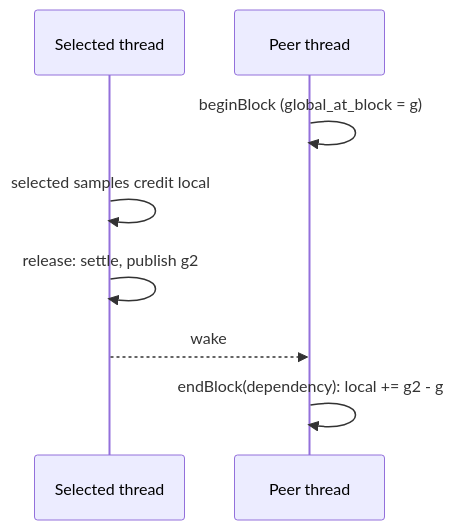
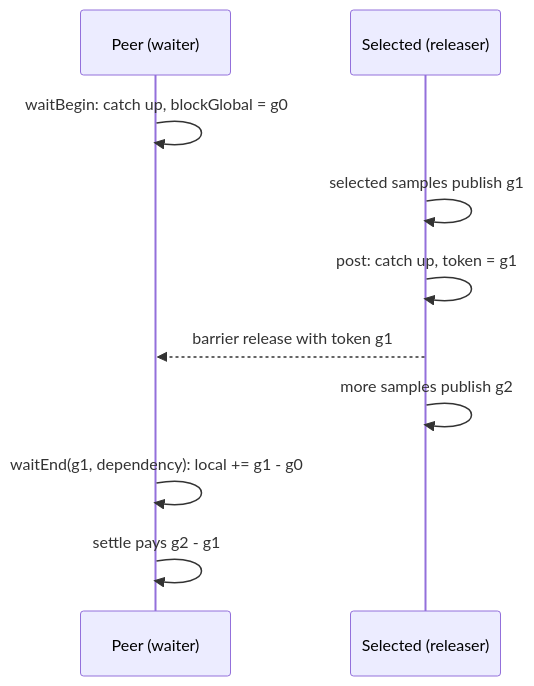
Before and after one commit to TheAngryByrd/CozNet: the diagram in lode/plans/target-local-blocking.md, drawn with Mermaid. The commit also changed other lines of this file and 34 other files, not shown here.

First line of the commit message:
Add explicit wait protocol and TargetBarrier with release-token wake rule

````diff
--- a/lode/plans/target-local-blocking.md
+++ b/lode/plans/target-local-blocking.md
@@ -25,10 +46,12 @@
 ```mermaid
 sequenceDiagram
-    participant S as Selected thread
-    participant P as Peer thread
-    P->>P: beginBlock (global_at_block = g)
-    S->>S: selected samples credit local
-    S->>S: release: settle, publish g2
-    S-->>P: wake
-    P->>P: endBlock(dependency): local += g2 - g
+    participant P as Peer (waiter)
+    participant S as Selected (releaser)
+    P->>P: waitBegin: catch up, blockGlobal = g0
+    S->>S: selected samples publish g1
+    S->>S: post: catch up, token = g1
+    S-->>P: barrier release with token g1
+    S->>S: more samples publish g2
+    P->>P: waitEnd(g1, dependency): local += g1 - g0
+    P->>P: settle pays g2 - g1
 ```
````
